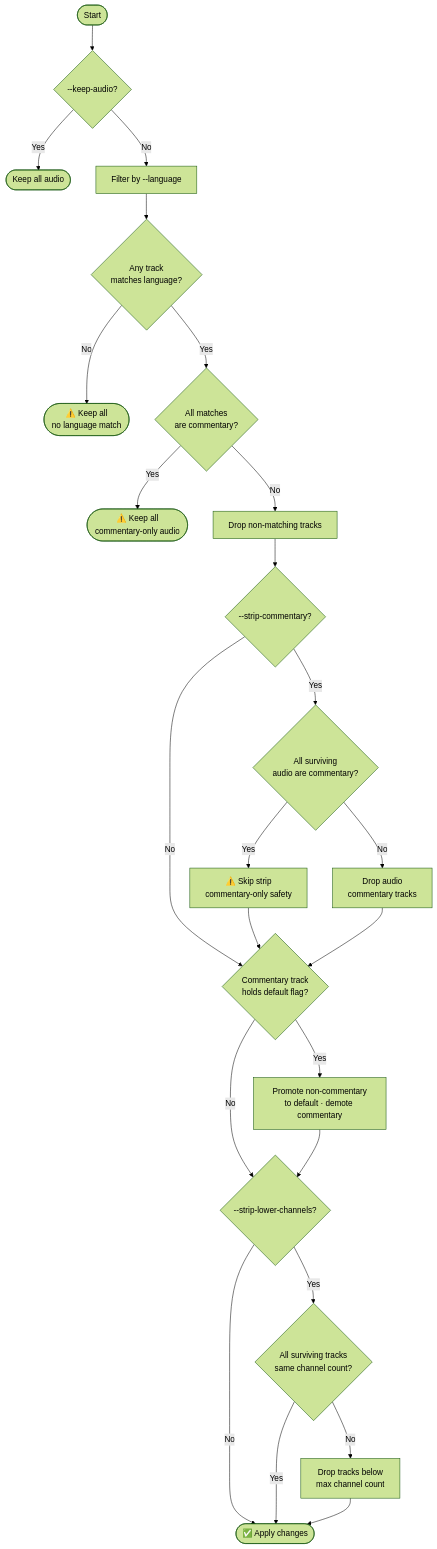
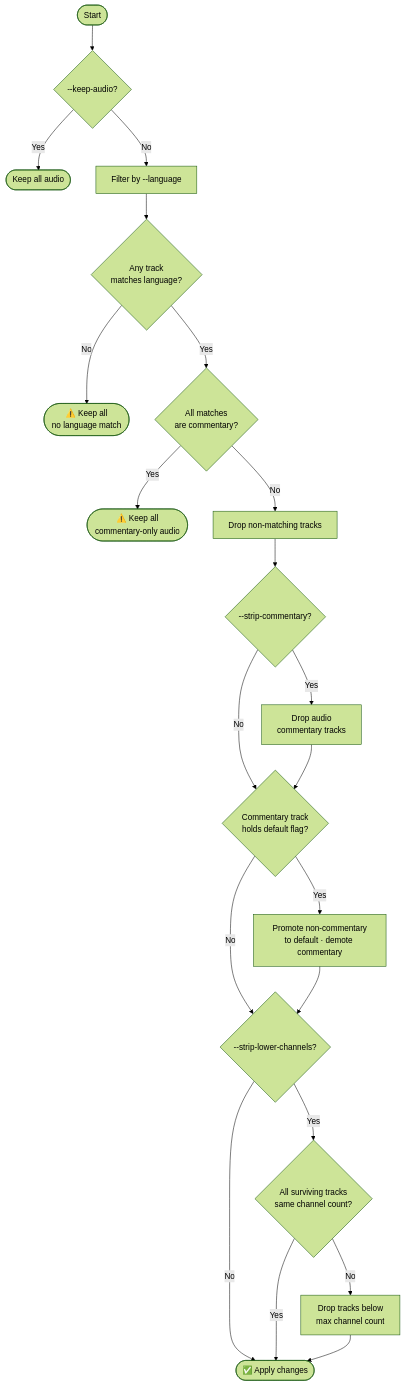
The first of 2 diagrams in README.md (binhex/trimarr), drawn with Mermaid (forest theme) before and after one commit. The commit also changed other lines of this file and 2 other files, not shown here.

First line of the commit message:
refactor: remove all-commentary safety gate from strip-commentary

````diff
--- a/README.md
+++ b/README.md
@@ -90,27 +90,24 @@
 ```mermaid
 flowchart TD
     A([Start]) --> B{--keep-audio?}
     B -- Yes --> Z([Keep all audio])
     B -- No --> C[Filter by --language]
     C --> D{Any track\nmatches language?}
     D -- No --> E([⚠️ Keep all\nno language match])
     D -- Yes --> F{All matches\nare commentary?}
     F -- Yes --> G([⚠️ Keep all\ncommentary-only audio])
     F -- No --> H[Drop non-matching tracks]
     H --> SC{--strip-commentary?}
     SC -- No --> I
-    SC -- Yes --> SC2{All surviving\naudio are commentary?}
-    SC2 -- Yes --> SC3[⚠️ Skip strip\ncommentary-only safety]
-    SC3 --> I
-    SC2 -- No --> SC4[Drop audio\ncommentary tracks]
+    SC -- Yes --> SC4[Drop audio\ncommentary tracks]
     SC4 --> I
     I{Commentary track\nholds default flag?}
     I -- No --> L{--strip-lower-channels?}
     I -- Yes --> K[Promote non-commentary\nto default · demote commentary]
     K --> L
     L -- No --> J([✅ Apply changes])
     L -- Yes --> M{All surviving tracks\nsame channel count?}
     M -- Yes --> J
     M -- No --> N[Drop tracks below\nmax channel count]
     N --> J
 ```
````
